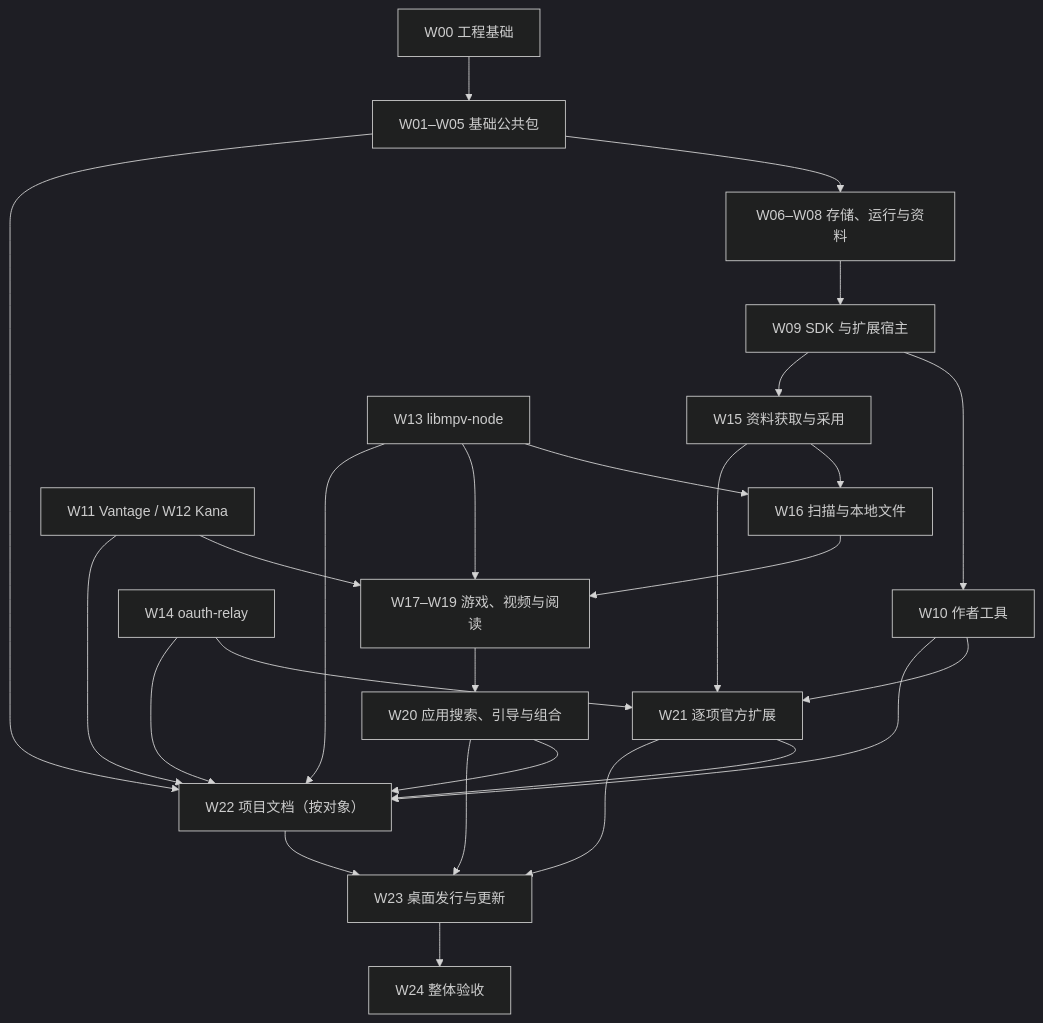
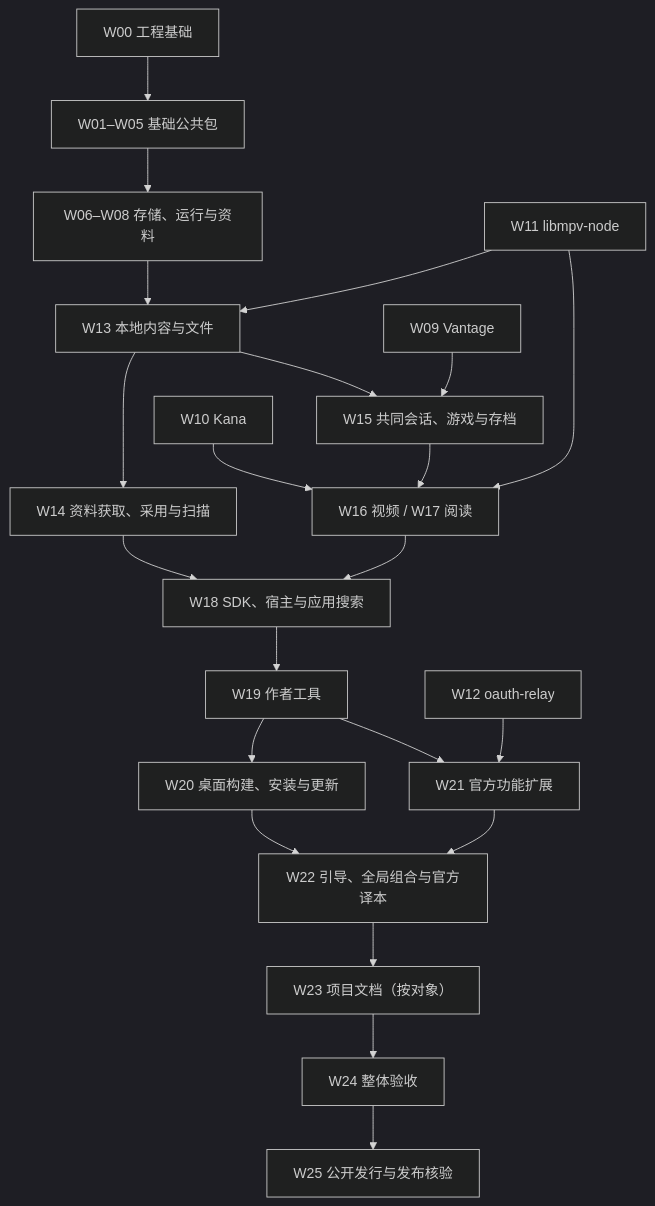
The diagram in refactor/implementation/work-packages.md (ximu3/kisaki-dev), drawn with Mermaid (dark theme) before and after one commit. The commit also changed other lines of this file and 26 other files, not shown here.

````diff
--- a/refactor/implementation/work-packages.md
+++ b/refactor/implementation/work-packages.md
@@ -48,28 +50,24 @@
 ```mermaid
 flowchart TD
   W00["W00 工程基础"] --> BASE["W01–W05 基础公共包"]
   BASE --> DATA["W06–W08 存储、运行与资料"]
-  DATA --> RUNTIME["W09 SDK 与扩展宿主"]
-  RUNTIME --> CLI["W10 作者工具"]
-  RUNTIME --> META["W15 资料获取与采用"]
-  META --> FILES["W16 扫描与本地文件"]
-  FILES --> USE["W17–W19 游戏、视频与阅读"]
-  MPV["W13 libmpv-node"] --> FILES
-  MPV --> USE
-  ENGINES["W11 Vantage / W12 Kana"] --> USE
-  CLI --> EXT["W21 逐项官方扩展"]
-  META --> EXT
-  RELAY["W14 oauth-relay"] --> EXT
-  USE --> APP["W20 应用搜索、引导与组合"]
-  BASE --> DOCS["W22 项目文档（按对象）"]
-  ENGINES --> DOCS
-  MPV --> DOCS
-  RELAY --> DOCS
-  CLI --> DOCS
-  APP --> DOCS
-  EXT --> DOCS
-  DOCS --> RELEASE["W23 桌面发行与更新"]
-  APP --> RELEASE
-  EXT --> RELEASE
-  RELEASE --> FINAL["W24 整体验收"]
+  DATA --> FILES["W13 本地内容与文件"]
+  MPV["W11 libmpv-node"] --> FILES
+  FILES --> INGEST["W14 资料获取、采用与扫描"]
+  FILES --> GAMES["W15 共同会话、游戏与存档"]
+  VANTAGE["W09 Vantage"] --> GAMES
+  GAMES --> MEDIA["W16 视频 / W17 阅读"]
+  MPV --> MEDIA
+  KANA["W10 Kana"] --> MEDIA
+  INGEST --> HOST["W18 SDK、宿主与应用搜索"]
+  MEDIA --> HOST
+  HOST --> CLI["W19 作者工具"]
+  CLI --> DESKTOP["W20 桌面构建、安装与更新"]
+  CLI --> EXT["W21 官方功能扩展"]
+  RELAY["W12 oauth-relay"] --> EXT
+  EXT --> APP["W22 引导、全局组合与官方译本"]
+  DESKTOP --> APP
+  APP --> DOCS["W23 项目文档（按对象）"]
+  DOCS --> ACCEPTANCE["W24 整体验收"]
+  ACCEPTANCE --> PUBLISH["W25 公开发行与发布核验"]
 ```
````
